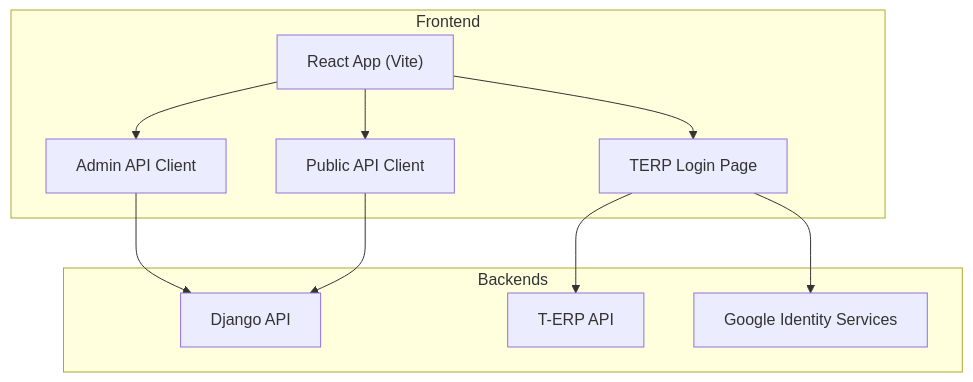
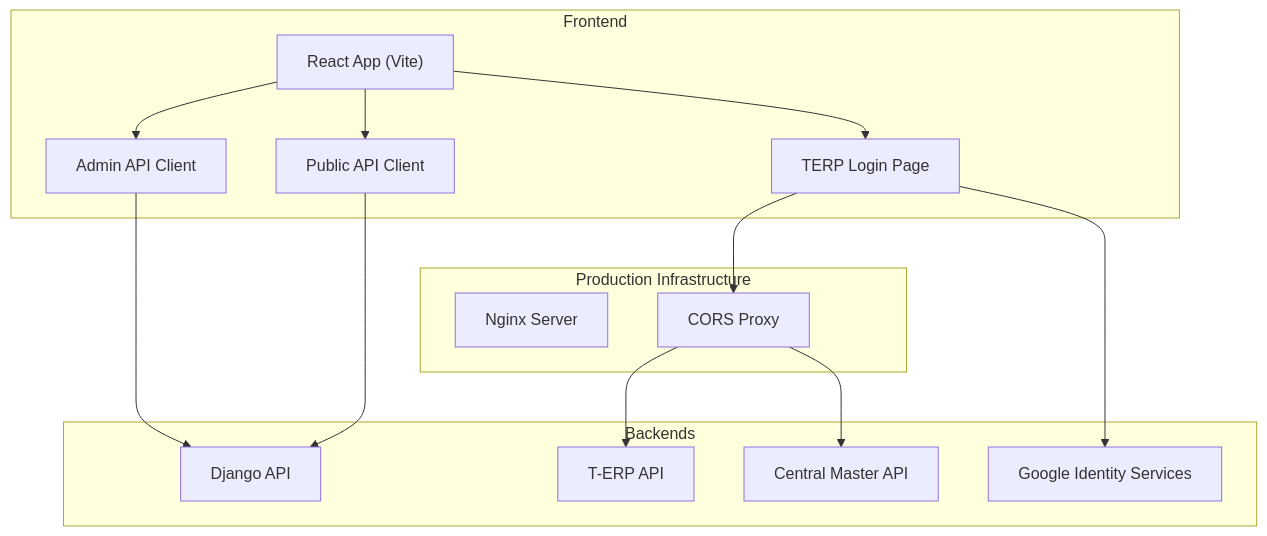
One commit to imcbsglobal/TRELLISCO_ERP_FRONTEND changed the third of 7 diagrams in .qoder/repowiki/en/content/Deployment Guide.md. Above: the diagram before and after it, drawn with Mermaid. The commit also changed other lines of this file and 24 other files, not shown here.

````diff
--- a/.qoder/repowiki/en/content/Deployment Guide.md
+++ b/.qoder/repowiki/en/content/Deployment Guide.md
@@ -101,21 +128,28 @@
 ```mermaid
 graph TB
 subgraph "Frontend"
 FE["React App (Vite)"]
 AC["Admin API Client"]
 PC["Public API Client"]
 TL["TERP Login Page"]
 end
 subgraph "Backends"
 BE["Django API"]
 TERP["T-ERP API"]
+CENTRAL["Central Master API"]
 GSI["Google Identity Services"]
+end
+subgraph "Production Infrastructure"
+NGINX["Nginx Server"]
+PROXY["CORS Proxy"]
 end
 FE --> AC
 FE --> PC
 FE --> TL
 AC --> BE
 PC --> BE
-TL --> TERP
+TL --> PROXY
+PROXY --> TERP
+PROXY --> CENTRAL
 TL --> GSI
 ```
````
